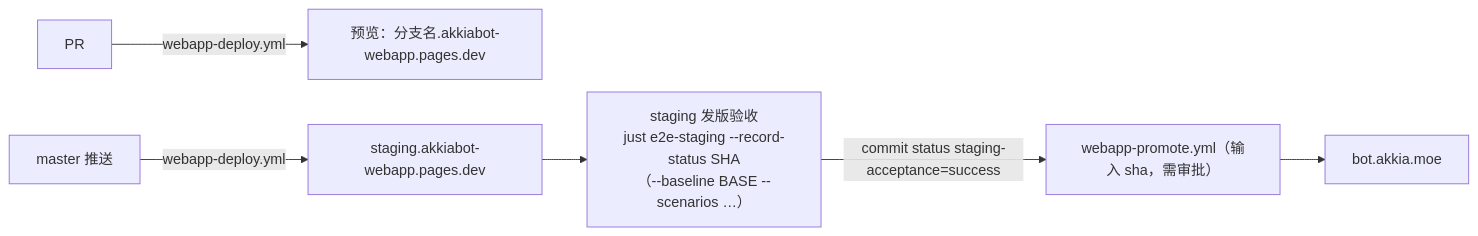
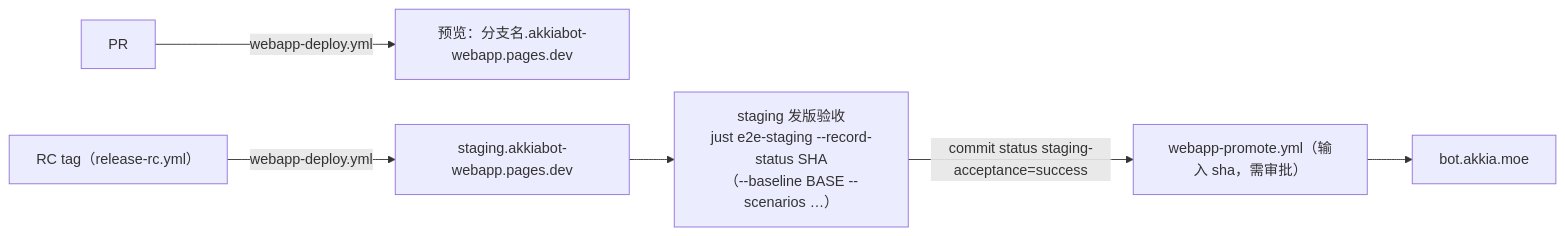
One commit to AkkiaLab/AkkiaBot changed the diagram in docs/webapp.md. Above: the diagram before and after it, drawn with Mermaid. The commit also changed other lines of this file and 39 other files, not shown here.

````diff
--- a/docs/webapp.md
+++ b/docs/webapp.md
@@ -42,8 +42,8 @@
 ```mermaid
 flowchart LR
     PR[PR] -->|webapp-deploy.yml| P["预览：分支名.akkiabot-webapp.pages.dev"]
-    M[master 推送] -->|webapp-deploy.yml| S["staging.akkiabot-webapp.pages.dev"]
+    M[RC tag（release-rc.yml）] -->|webapp-deploy.yml| S["staging.akkiabot-webapp.pages.dev"]
     S --> A["staging 发版验收<br/>just e2e-staging --record-status SHA<br/>（--baseline BASE --scenarios …）"]
     A -->|commit status staging-acceptance=success| G["webapp-promote.yml（输入 sha，需审批）"]
     G --> Prod["bot.akkia.moe"]
 ```
````
